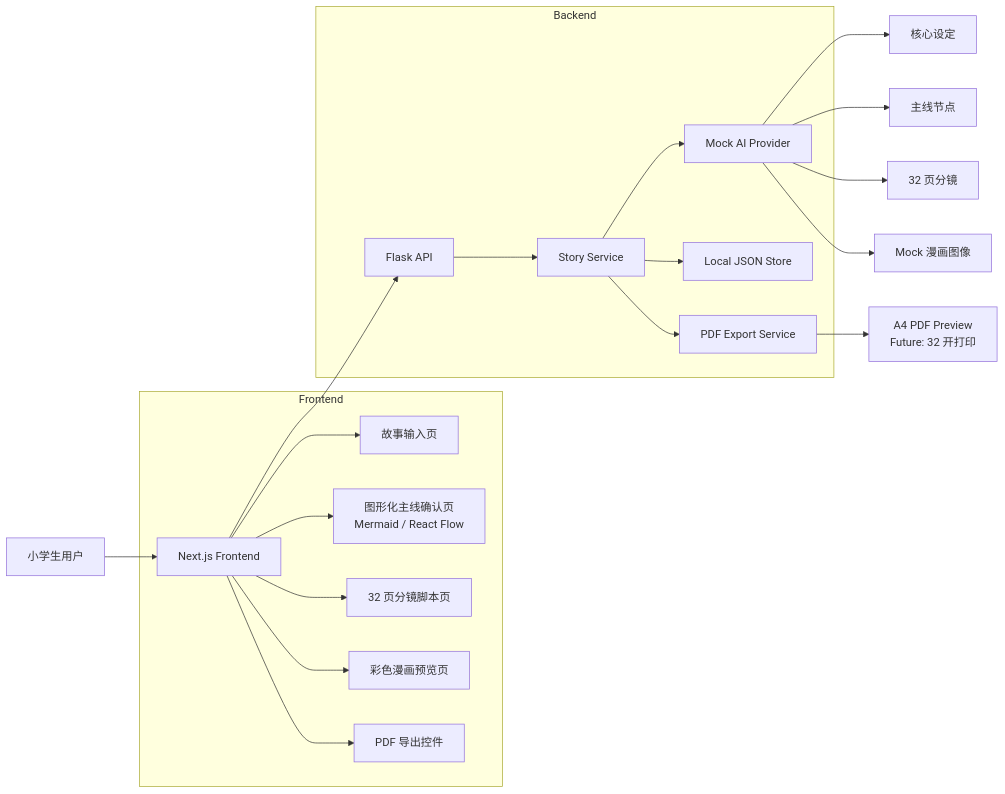
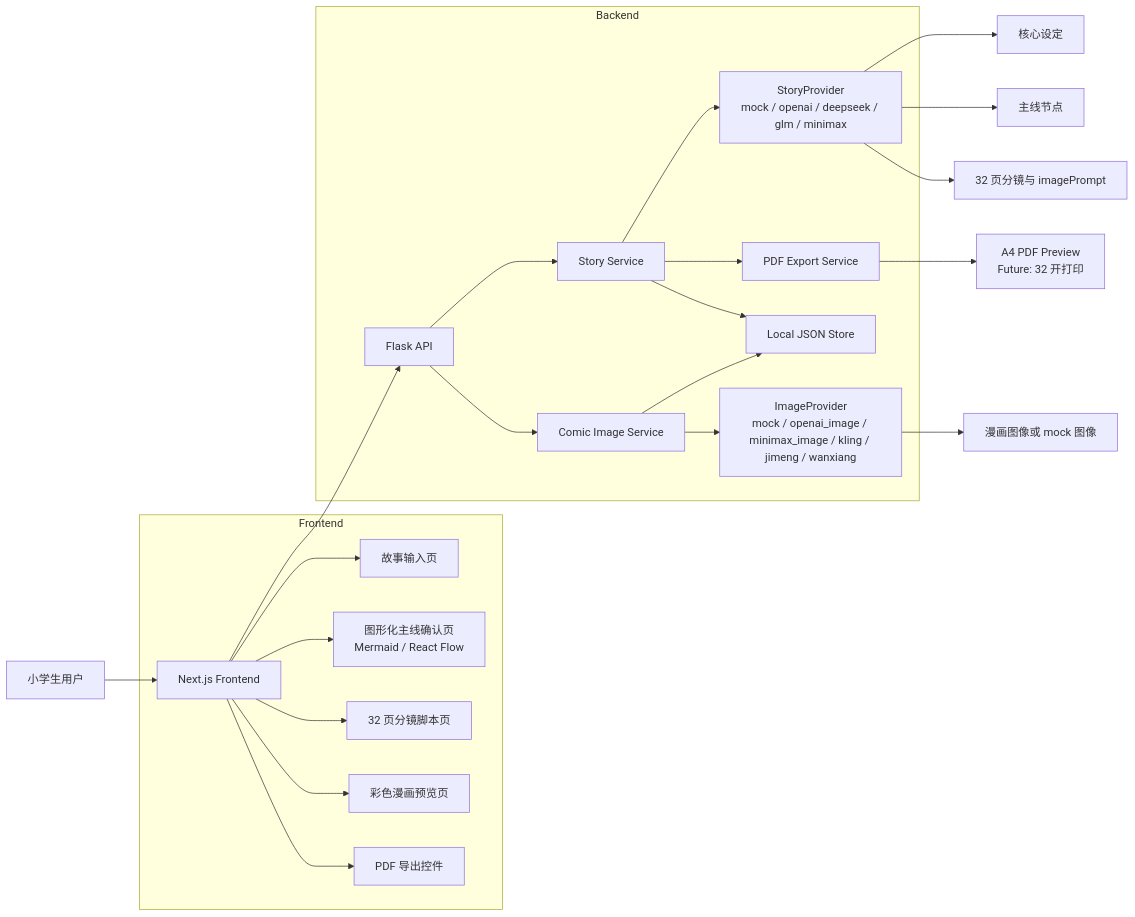
Before and after one commit to yaochx/KidsMindSpark: the diagram in docs/ARCHITECTURE.md, drawn with Mermaid. The commit also changed other lines of this file and 3 other files, not shown here.

````diff
--- a/docs/ARCHITECTURE.md
+++ b/docs/ARCHITECTURE.md
@@ -22,28 +23,31 @@
 ```mermaid
 flowchart LR
     U[小学生用户] --> FE[Next.js Frontend]
 
     subgraph Frontend[Frontend]
         FE --> Input[故事输入页]
         FE --> Timeline[图形化主线确认页<br/>Mermaid / React Flow]
         FE --> Script[32 页分镜脚本页]
         FE --> Preview[彩色漫画预览页]
         FE --> ExportUI[PDF 导出控件]
     end
 
     FE --> API[Flask API]
 
     subgraph Backend[Backend]
         API --> StoryService[Story Service]
-        StoryService --> Provider[Mock AI Provider]
+        API --> ComicService[Comic Image Service]
+        StoryService --> StoryProvider[StoryProvider<br/>mock / openai / deepseek / glm / minimax]
+        ComicService --> ImageProvider[ImageProvider<br/>mock / openai_image / minimax_image / kling / jimeng / wanxiang]
         StoryService --> JsonStore[Local JSON Store]
+        ComicService --> JsonStore
         StoryService --> PdfService[PDF Export Service]
     end
 
-    Provider --> Outline[核心设定]
-    Provider --> TimelineData[主线节点]
-    Provider --> ScriptData[32 页分镜]
-    Provider --> MockImages[Mock 漫画图像]
+    StoryProvider --> Outline[核心设定]
+    StoryProvider --> TimelineData[主线节点]
+    StoryProvider --> ScriptData[32 页分镜与 imagePrompt]
+    ImageProvider --> ComicImages[漫画图像或 mock 图像]
 
     PdfService --> PDF[A4 PDF Preview<br/>Future: 32 开打印]
 ```
````
